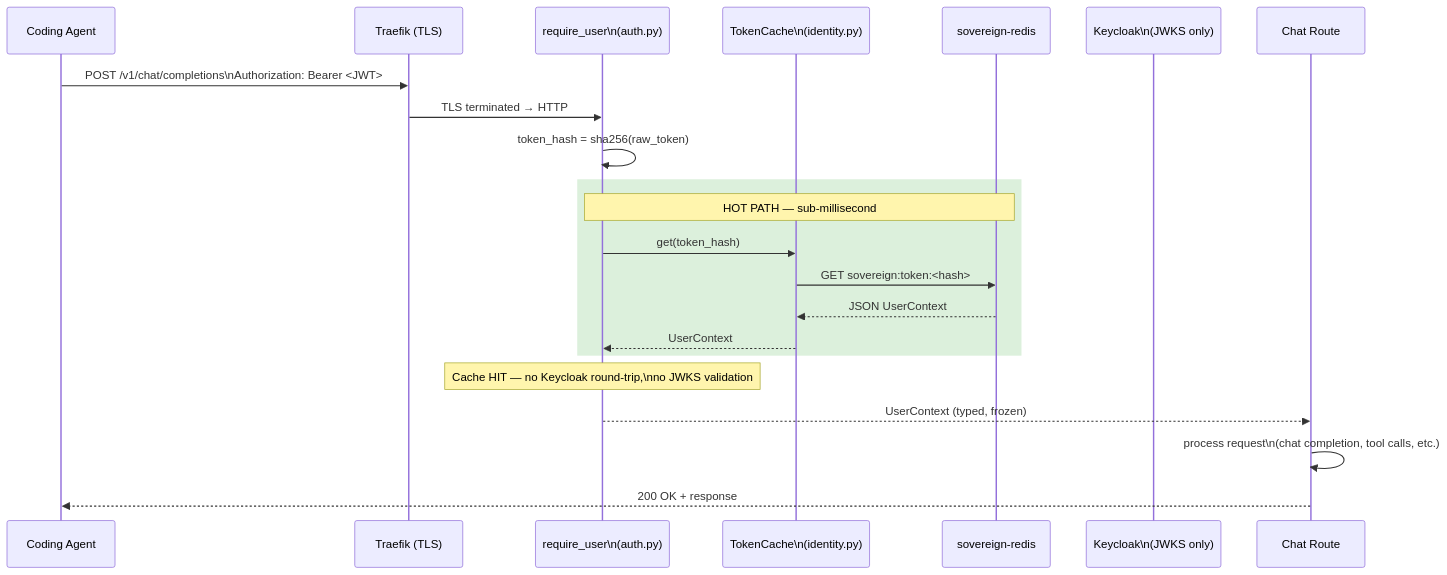
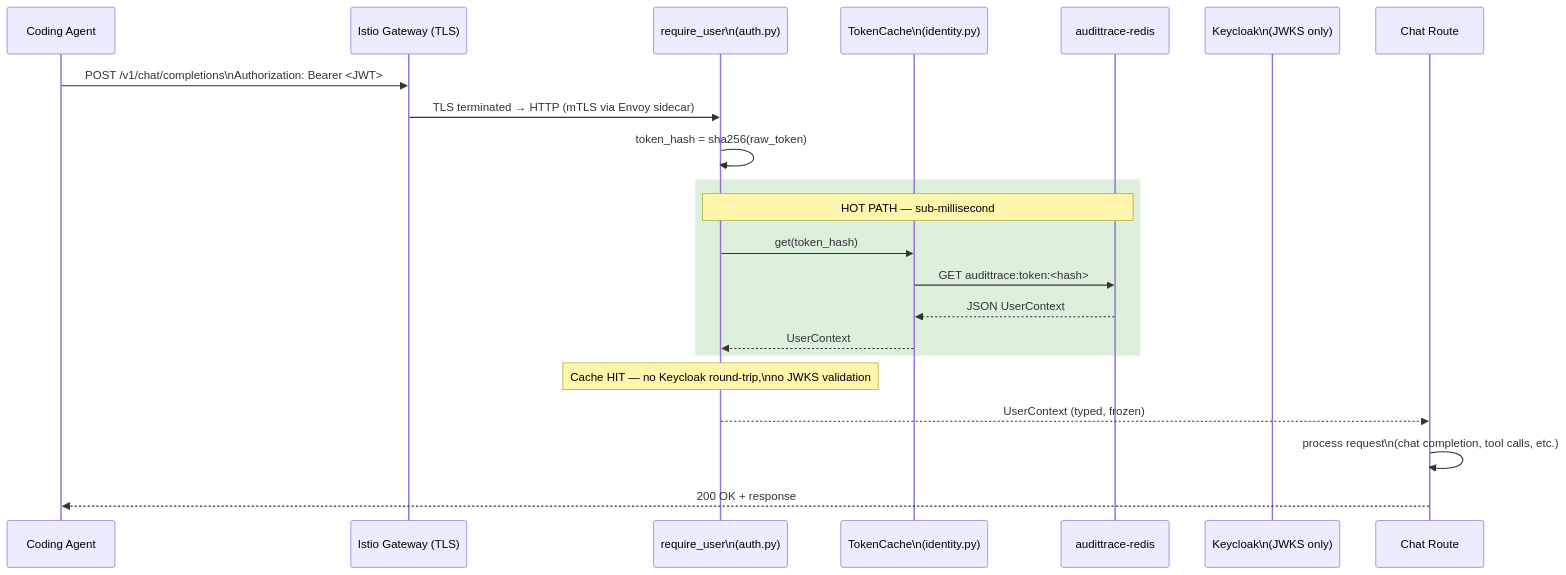
Before and after one commit to lfdesousa/AuditTrace-AI: the fourth of 7 diagrams in docs/architecture/sequence-oauth2-flow.md, drawn with Mermaid. The commit also changed other lines of this file and 8 other files, not shown here.

First line of the commit message:
docs: update architecture diagrams + README for k8s + Istio v1.0

````diff
--- a/docs/architecture/sequence-oauth2-flow.md
+++ b/docs/architecture/sequence-oauth2-flow.md
@@ -131,30 +131,30 @@
 ```mermaid
 sequenceDiagram
     participant Agent as Coding Agent
-    participant Traefik as Traefik (TLS)
+    participant Gateway as Istio Gateway (TLS)
     participant Auth as require_user\n(auth.py)
     participant Cache as TokenCache\n(identity.py)
-    participant Redis as sovereign-redis
+    participant Redis as audittrace-redis
     participant KC as Keycloak\n(JWKS only)
     participant Route as Chat Route
 
-    Agent->>Traefik: POST /v1/chat/completions\nAuthorization: Bearer <JWT>
-    Traefik->>Auth: TLS terminated → HTTP
+    Agent->>Gateway: POST /v1/chat/completions\nAuthorization: Bearer <JWT>
+    Gateway->>Auth: TLS terminated → HTTP (mTLS via Envoy sidecar)
 
     Auth->>Auth: token_hash = sha256(raw_token)
 
     rect rgb(220, 240, 220)
         Note over Auth,Redis: HOT PATH — sub-millisecond
         Auth->>Cache: get(token_hash)
-        Cache->>Redis: GET sovereign:token:<hash>
+        Cache->>Redis: GET audittrace:token:<hash>
         Redis-->>Cache: JSON UserContext
         Cache-->>Auth: UserContext
     end
 
     Note over Auth: Cache HIT — no Keycloak round-trip,\nno JWKS validation
 
     Auth-->>Route: UserContext (typed, frozen)
 
     Route->>Route: process request\n(chat completion, tool calls, etc.)
     Route-->>Agent: 200 OK + response
 ```
````
